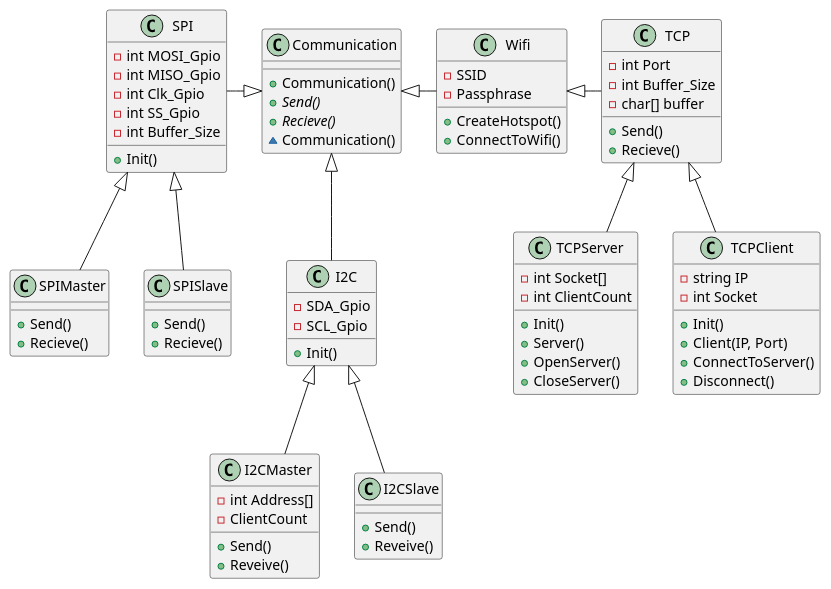
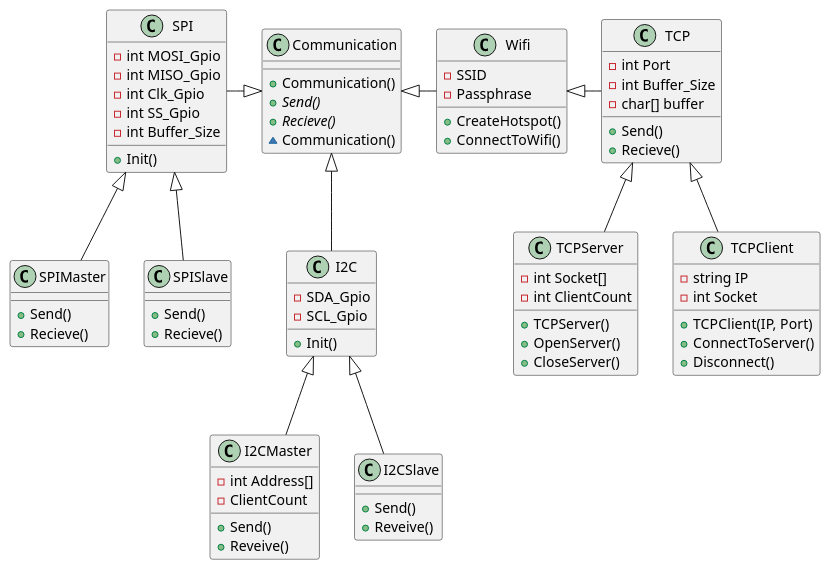
One commit to Solvgraa-mager/E3PRJ3 changed the diagram in Diagrammer/CentralComputer/ClassDiagram/ComClass.plantuml. Above: the diagram before and after it, drawn with PlantUML. The commit also changed 2 other files, not shown here.

```diff
--- a/Diagrammer/CentralComputer/ClassDiagram/ComClass.plantuml
+++ b/Diagrammer/CentralComputer/ClassDiagram/ComClass.plantuml
@@ -1,81 +1,79 @@
 @startuml
 class Communication{
     +Communication() 
     +Send() {abstract}
     +Recieve() {abstract}
     ~Communication()
 }
 class Wifi{
     +CreateHotspot()
     +ConnectToWifi()
     -SSID
     -Passphrase
 }
 class TCP{
     +Send() 
     +Recieve()
     -int Port
     -int Buffer_Size
     -char[] buffer
 }
 class TCPClient{
-    +Init()
-    +Client(IP, Port)
+    +TCPClient(IP, Port)
     +ConnectToServer()
     +Disconnect()
     -string IP
     -int Socket
 }
 class TCPServer{
-    +Init()
-    +Server()
+    +TCPServer()
     +OpenServer()
     +CloseServer()
     -int Socket[]
     -int ClientCount
 }
 Class SPI{
     +Init()
     -int MOSI_Gpio
     -int MISO_Gpio
     -int Clk_Gpio
     -int SS_Gpio
     -int Buffer_Size
 }
 Class SPIMaster{
     +Send()
     +Recieve()
 }
 Class SPISlave{
     +Send()
     +Recieve()
 }
 class I2C{
     +Init()
     -SDA_Gpio
     -SCL_Gpio
 }
 class I2CMaster{
     +Send()
     +Reveive()
     -int Address[]
     -ClientCount
 
 }
 class I2CSlave{
     +Send()
     +Reveive()
 }
 
 Communication <|- Wifi
 Wifi <|- TCP
 SPI -|> Communication
 TCP <|-- TCPClient
 TCP <|--TCPServer
 SPI <|--SPIMaster
 SPI <|--SPISlave
 Communication <|--I2C
 I2C <|-- I2CMaster
 I2C <|-- I2CSlave
 
 @enduml
```
